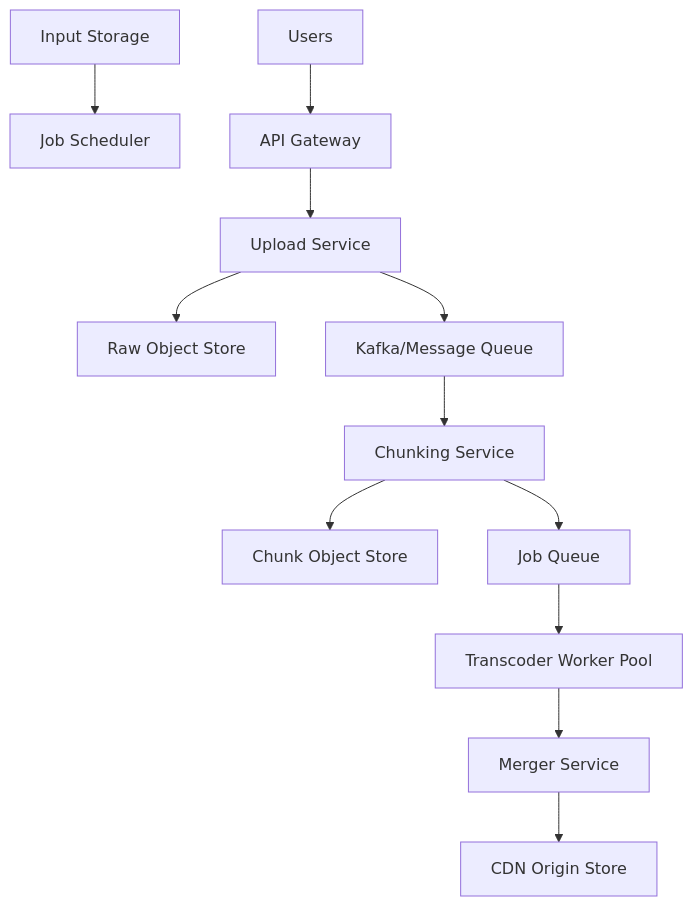
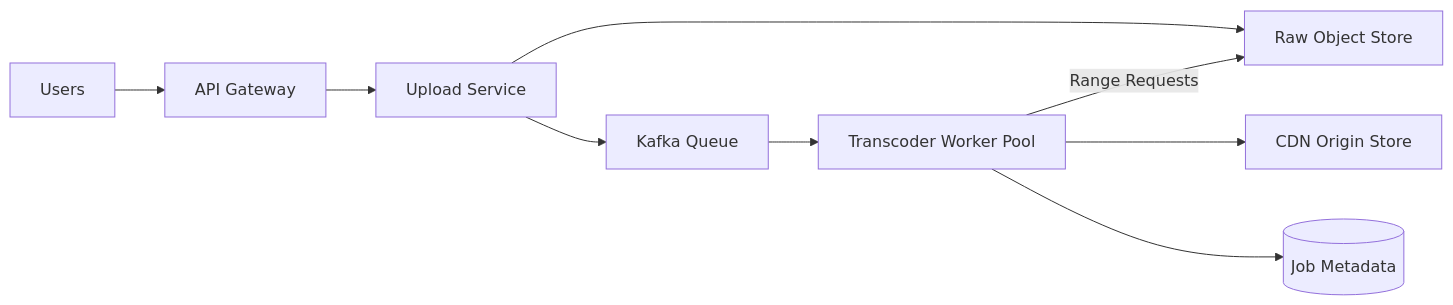
Before and after one commit to huangsam/systology: the diagram in site/content/designs/video-transcoding.md, drawn with Mermaid. The commit also changed other lines of this file and 1 other file, not shown here.

Commit message:
Update content for two design pages

```diff
--- a/site/content/designs/video-transcoding.md
+++ b/site/content/designs/video-transcoding.md
@@ -32,14 +32,11 @@
 {{< mermaid >}}
-graph TD
-    A[Input Storage] --> B[Job Scheduler]
+graph LR
     Users --> GW[API Gateway]
     GW --> Uploader[Upload Service]
     Uploader --> RawStorage[Raw Object Store]
-    Uploader --> Queue[Kafka/Message Queue]
-    Queue --> Chunker[Chunking Service]
-    Chunker --> ChunkStorage[Chunk Object Store]
-    Chunker --> TaskQueue[Job Queue]
-    TaskQueue --> Workers[Transcoder Worker Pool]
-    Workers --> Merger[Merger Service]
-    Merger --> CDNStorage[CDN Origin Store]
+    Uploader --> Queue[Kafka Queue]
+    Queue --> Workers[Transcoder Worker Pool]
+    Workers -- "Range Requests" --> RawStorage
+    Workers --> CDNStorage[CDN Origin Store]
+    Workers --> Metadata[(Job Metadata)]
 {{< /mermaid >}}
```
